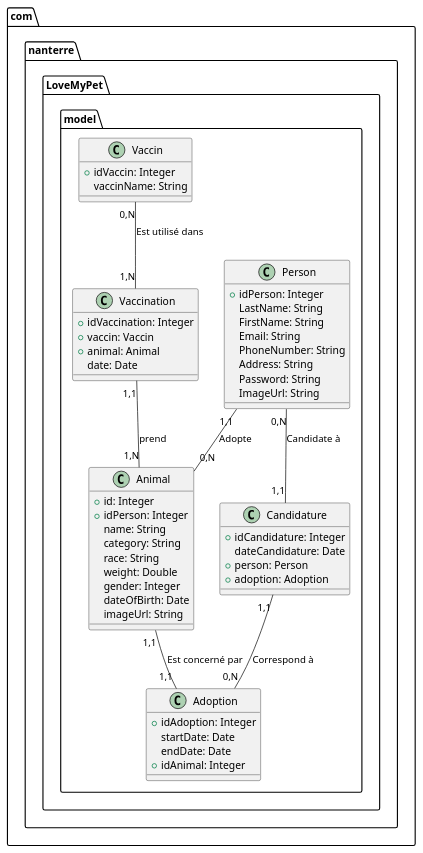
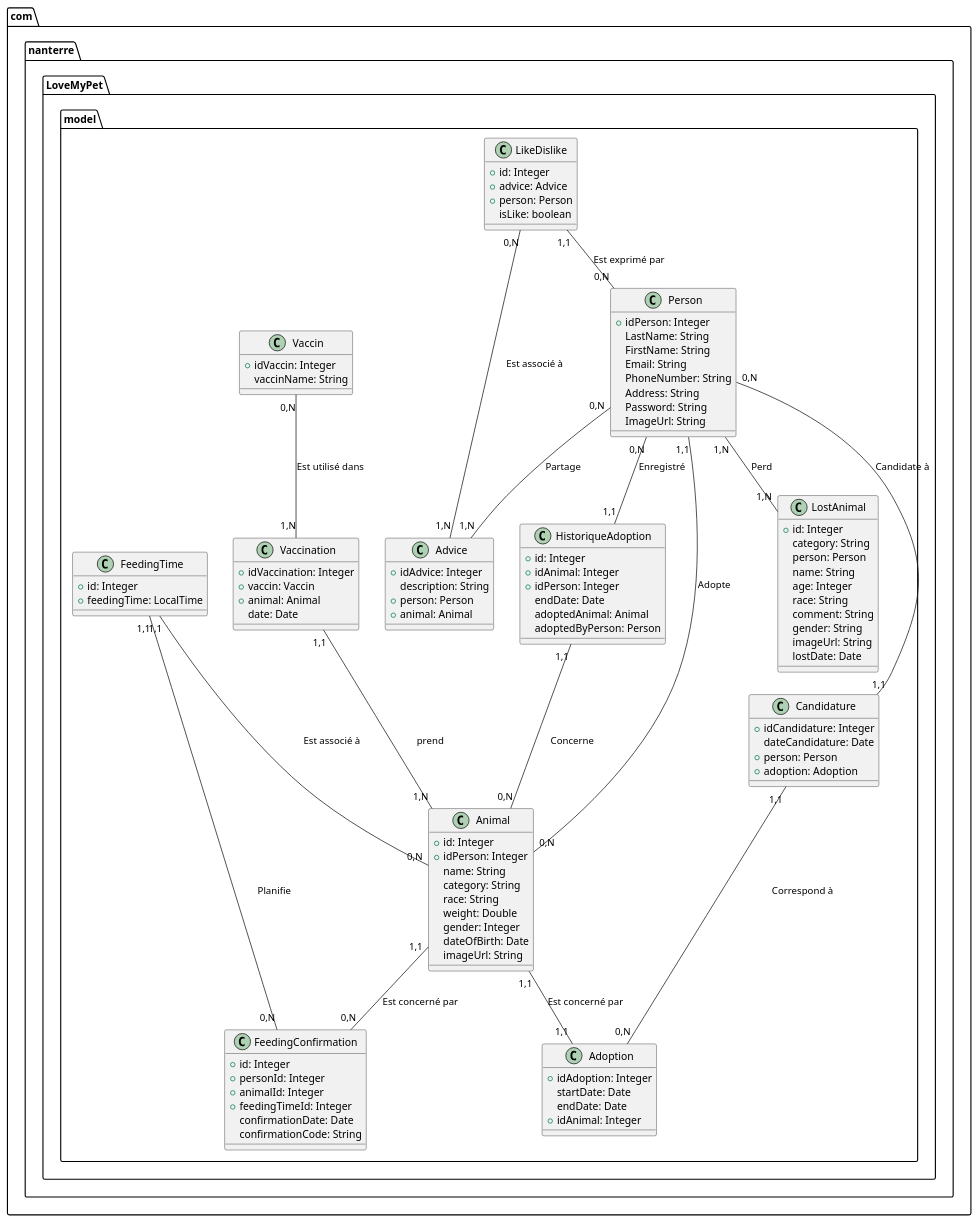
The fifth of 5 diagrams in bin/docs/documentation.adoc (malek62-info/LoveMyPet), drawn with PlantUML before and after one commit. The commit also changed other lines of this file and 35 other files, not shown here.

```diff
--- a/bin/docs/documentation.adoc
+++ b/bin/docs/documentation.adoc
@@ -762,6 +902,53 @@
     +animal: Animal
     date: Date
   }
+
+  class Advice {
+    +idAdvice: Integer
+    description: String
+    +person: Person
+    +animal: Animal
+  }
+  class LikeDislike {
+    +id: Integer
+    +advice: Advice
+    +person: Person
+    isLike: boolean
+  }
+
+  class FeedingConfirmation {
+    +id: Integer
+    +personId: Integer
+    +animalId: Integer
+    +feedingTimeId: Integer
+    confirmationDate: Date
+    confirmationCode: String
+  }
+
+  class FeedingTime {
+    +id: Integer
+    +feedingTime: LocalTime
+  }
+  class HistoriqueAdoption {
+    +id: Integer
+    +idAnimal: Integer
+    +idPerson: Integer
+    endDate: Date
+    adoptedAnimal: Animal
+    adoptedByPerson: Person
+  }
+  class LostAnimal {
+  +id: Integer
+  category: String
+  person: Person
+  name: String
+  age: Integer
+  race: String
+  comment: String
+  gender: String
+  imageUrl: String
+  lostDate: Date
+}
 }
 
 Person   --  Animal : "1,1" Adopte "0,N"
@@ -770,8 +957,19 @@
 Candidature -- Adoption : "1,1" Correspond à "0,N"
 Vaccin -- Vaccination : "0,N" Est utilisé dans "1,N"
 Vaccination -- Animal : "1,1" prend "1,N"
+Person -- Advice : "0,N" Partage "1,N"
+LikeDislike -- Person : "1,1" Est exprimé par "0,N"
+Animal -- FeedingConfirmation : "1,1" Est concerné par "0,N"
+FeedingTime -- FeedingConfirmation : "1,1" Planifie "0,N"
+FeedingTime -- Animal : "1,1" Est associé à "0,N"
+LikeDislike -- Advice : "0,N" Est associé à "1,N"
+Person -- HistoriqueAdoption : "0,N" Enregistré "1,1"
+HistoriqueAdoption -- Animal : "1,1" Concerne "0,N"
+Person -- LostAnimal : "1,N" Perd "1,N"
 
 @enduml
 
 
+
+
 ----
```
